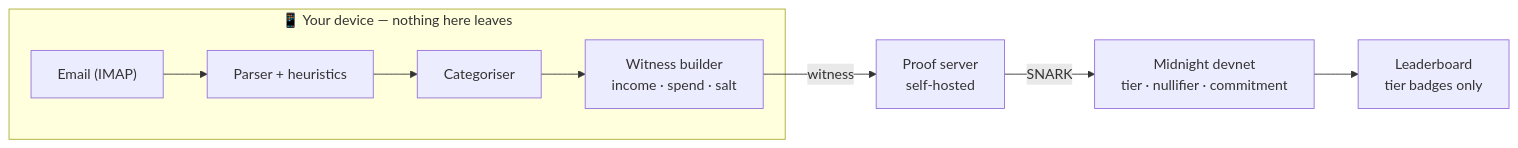
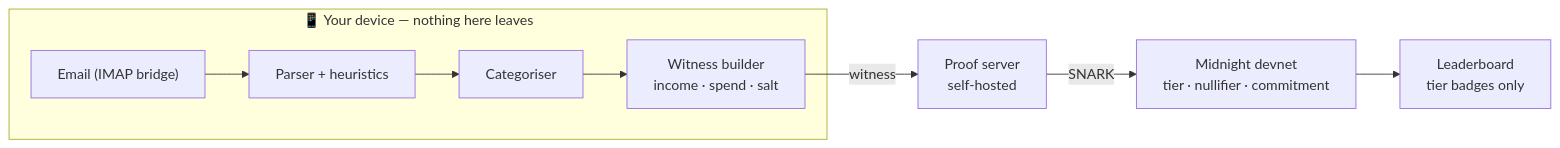
Before and after one commit to tisya05/cache: the diagram in README.md, drawn with Mermaid. The commit also changed other lines of this file and 28 other files, not shown here.

````diff
--- a/README.md
+++ b/README.md
@@ -57,11 +97,11 @@
 ```mermaid
 flowchart LR
     subgraph device["📱 Your device — nothing here leaves"]
-        E["Email (IMAP)"] --> P["Parser + heuristics"]
+        E["Email (IMAP bridge)"] --> P["Parser + heuristics"]
         P --> C["Categoriser"]
         C --> W["Witness builder<br/>income · spend · salt"]
     end
     W -->|witness| PS["Proof server<br/>self-hosted"]
     PS -->|SNARK| CH["Midnight devnet<br/>tier · nullifier · commitment"]
     CH --> L["Leaderboard<br/>tier badges only"]
 ```
````
